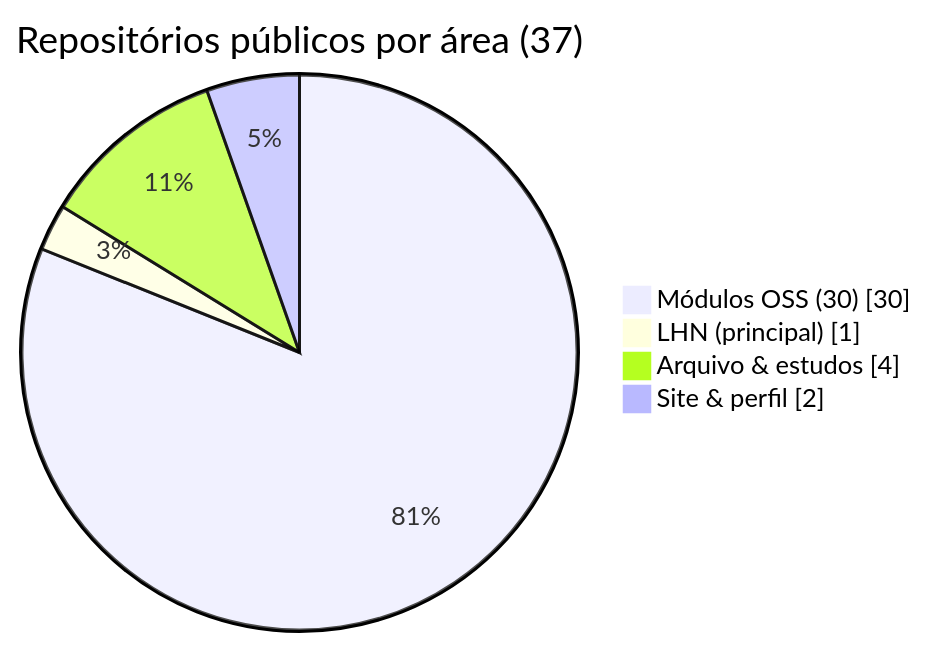
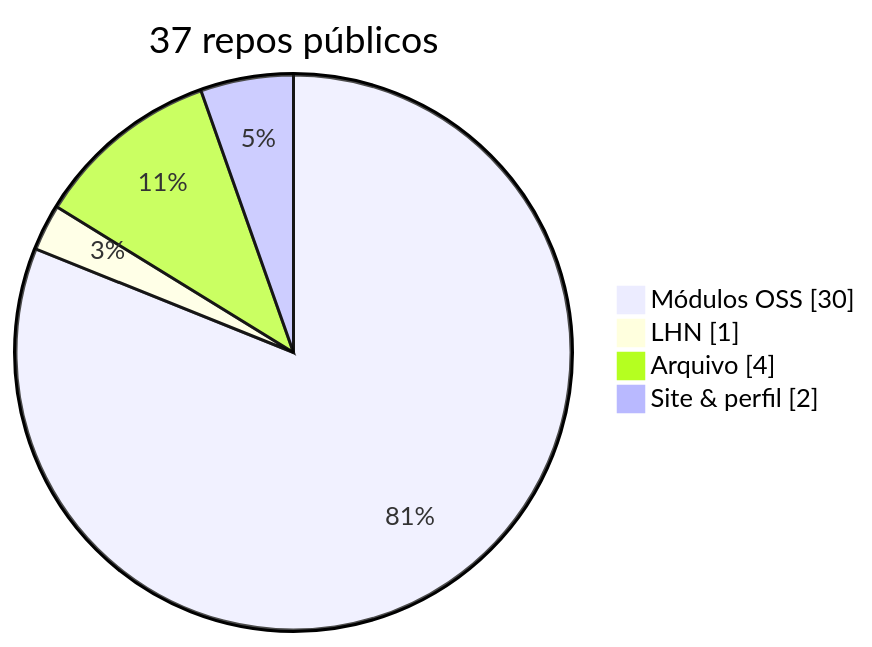
One commit to SrSatriano/SrSatriano changed the diagram in README.md. Above: the diagram before and after it, drawn with Mermaid. The commit also changed other lines of this file, not shown here.

````diff
--- a/README.md
+++ b/README.md
@@ -59,8 +126,8 @@
 ```mermaid
 pie showData
-    title Repositórios públicos por área (37)
-    "Módulos OSS (30)" : 30
-    "LHN (principal)" : 1
-    "Arquivo & estudos" : 4
+    title 37 repos públicos
+    "Módulos OSS" : 30
+    "LHN" : 1
+    "Arquivo" : 4
     "Site & perfil" : 2
 ```
````
